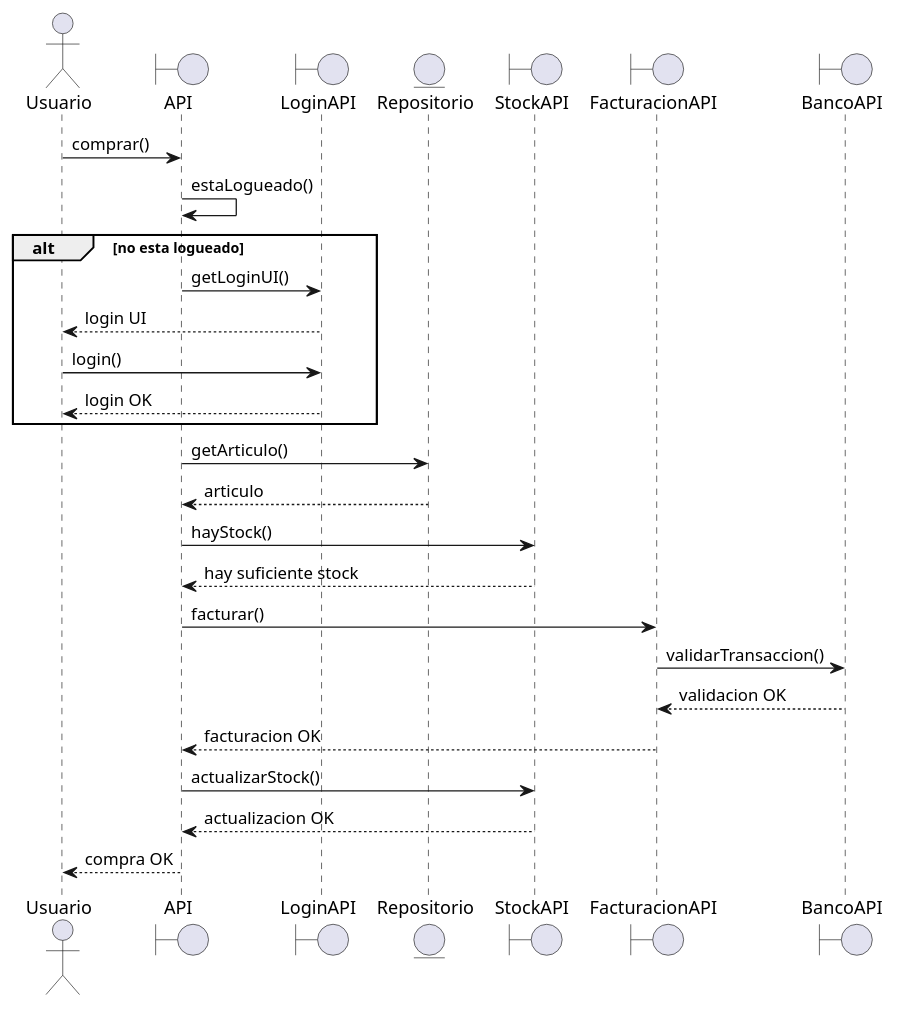
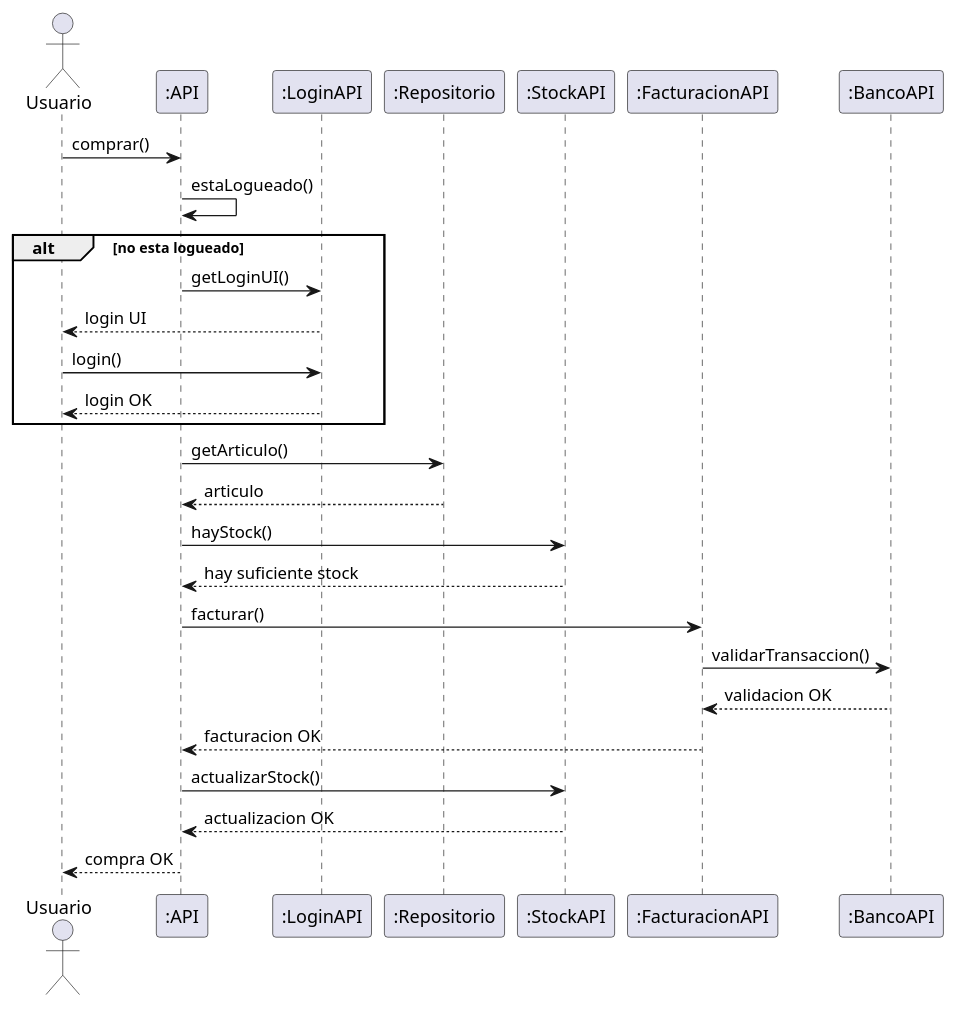
One commit to alejandroleoz/EjemploUML changed the diagram in uml/secuencia_compra.puml. Above: the diagram before and after it, drawn with PlantUML. The commit also changed 4 other files, not shown here.

Commit message:
Updating diagrams

```diff
--- a/uml/secuencia_compra.puml
+++ b/uml/secuencia_compra.puml
@@ -1,34 +1,34 @@
 @startuml
 
 actor Usuario
-boundary API
-boundary LoginAPI
-entity Repositorio
-boundary StockAPI
-boundary FacturacionAPI
-boundary BancoAPI
+participant ":API"
+participant  ":LoginAPI"
+participant  ":Repositorio"
+participant  ":StockAPI"
+participant  ":FacturacionAPI"
+participant  ":BancoAPI"
 
-Usuario -> API : comprar()
-API -> API : estaLogueado()
+Usuario -> ":API" : comprar()
+":API" -> ":API" : estaLogueado()
 
 alt no esta logueado
-API -> LoginAPI : getLoginUI()
-Usuario <-- LoginAPI: login UI
-Usuario -> LoginAPI : login()
-Usuario <-- LoginAPI : login OK
+":API" ->  ":LoginAPI" : getLoginUI()
+Usuario <--  ":LoginAPI": login UI
+Usuario ->  ":LoginAPI" : login()
+Usuario <--  ":LoginAPI" : login OK
 end
 
-API -> Repositorio : getArticulo()
-API <-- Repositorio: articulo
-API -> StockAPI : hayStock()
-API <-- StockAPI: hay suficiente stock
-API -> FacturacionAPI : facturar()
-FacturacionAPI -> BancoAPI : validarTransaccion()
-FacturacionAPI <-- BancoAPI : validacion OK
-API <-- FacturacionAPI : facturacion OK
-API -> StockAPI : actualizarStock()
-API <-- StockAPI: actualizacion OK
-Usuario <-- API : compra OK
+":API" ->  ":Repositorio" : getArticulo()
+":API" <--  ":Repositorio": articulo
+":API" ->  ":StockAPI" : hayStock()
+":API" <--  ":StockAPI": hay suficiente stock
+":API" ->  ":FacturacionAPI" : facturar()
+":FacturacionAPI" ->  ":BancoAPI" : validarTransaccion()
+":FacturacionAPI" <--  ":BancoAPI" : validacion OK
+":API" <--  ":FacturacionAPI" : facturacion OK
+":API" ->  ":StockAPI" : actualizarStock()
+":API" <--  ":StockAPI": actualizacion OK
+Usuario <-- ":API" : compra OK
 
 
 @enduml
```
